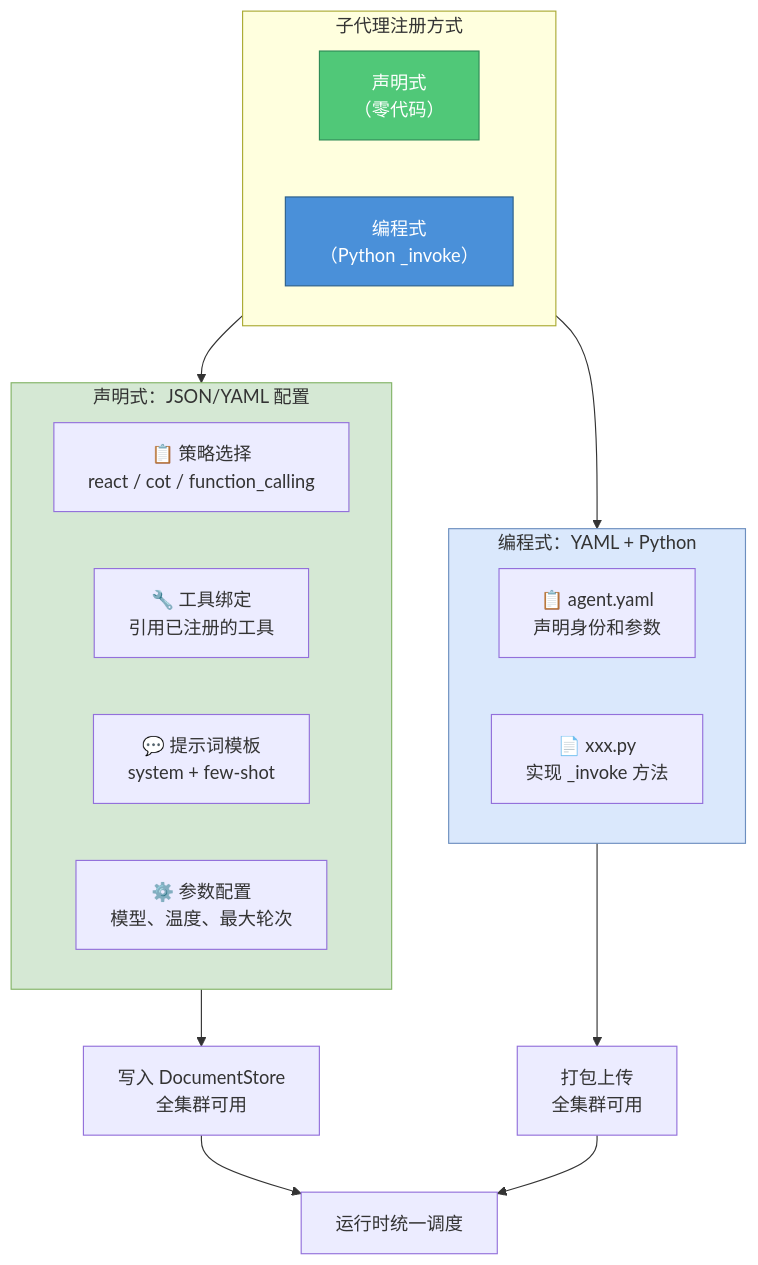
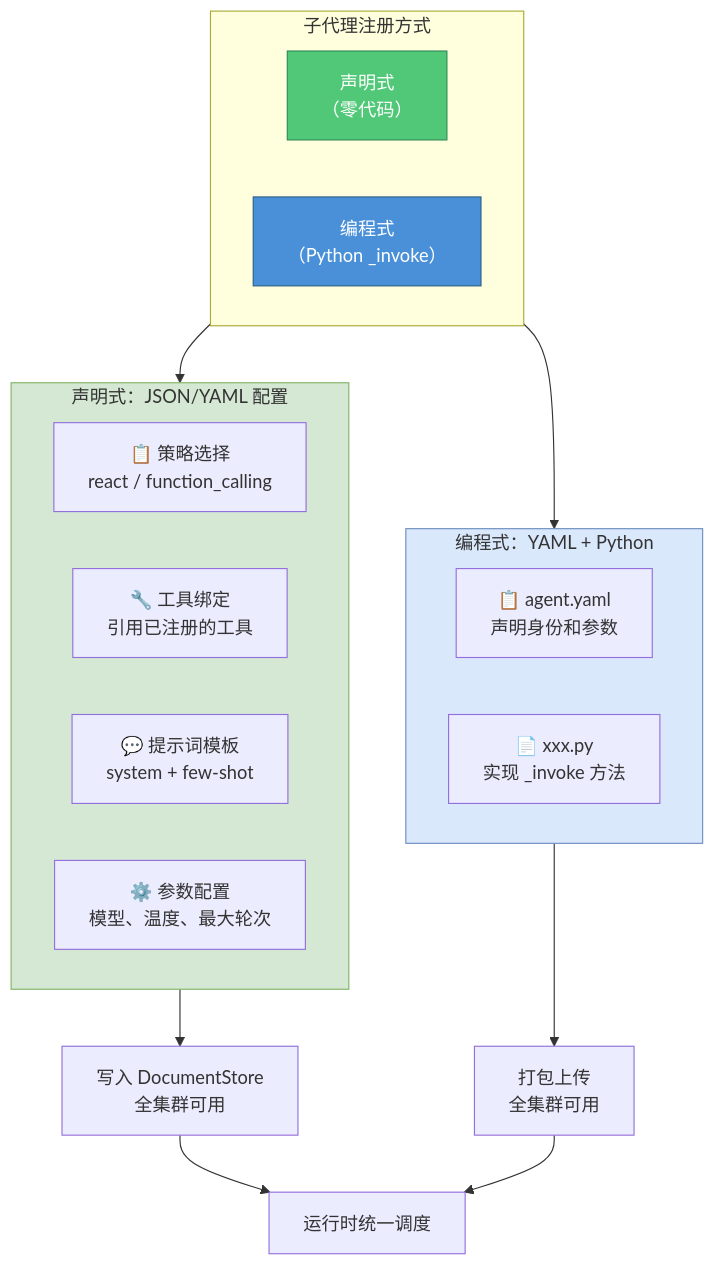
Before and after one commit to heelynn/artipivot: the fourth of 20 diagrams in plan/DESIGN.md, drawn with Mermaid. The commit also changed other lines of this file and 20 other files, not shown here.

````diff
--- a/plan/DESIGN.md
+++ b/plan/DESIGN.md
@@ -299,33 +299,33 @@
 ```mermaid
 flowchart TD
     subgraph Register["子代理注册方式"]
         direction LR
         D["声明式<br/>（零代码）"]
         C["编程式<br/>（Python _invoke）"]
     end
 
     subgraph Declarative["声明式：JSON/YAML 配置"]
-        D1["📋 策略选择<br/>react / cot / function_calling"]
+        D1["📋 策略选择<br/>react / function_calling"]
         D2["🔧 工具绑定<br/>引用已注册的工具"]
         D3["💬 提示词模板<br/>system + few-shot"]
         D4["⚙️ 参数配置<br/>模型、温度、最大轮次"]
     end
 
     subgraph Coded["编程式：YAML + Python"]
         C1["📋 agent.yaml<br/>声明身份和参数"]
         C2["📄 xxx.py<br/>实现 _invoke 方法"]
     end
 
     D --> Declarative
     C --> Coded
 
     Declarative --> Store["写入 DocumentStore<br/>全集群可用"]
     Coded --> Package["打包上传<br/>全集群可用"]
     Store --> Runtime["运行时统一调度"]
     Package --> Runtime
 
     style D fill:#50C878,color:#fff,stroke:#2E8B57
     style C fill:#4A90D9,color:#fff,stroke:#2C5F8A
     style Declarative fill:#D5E8D4,stroke:#82B366
     style Coded fill:#DAE8FC,stroke:#6C8EBF
 ```
````
